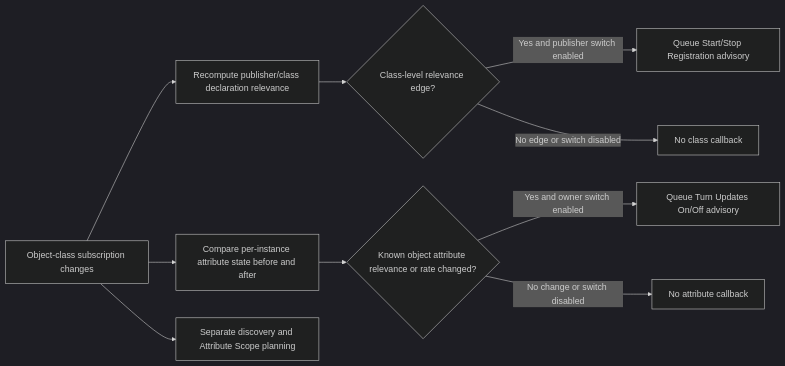
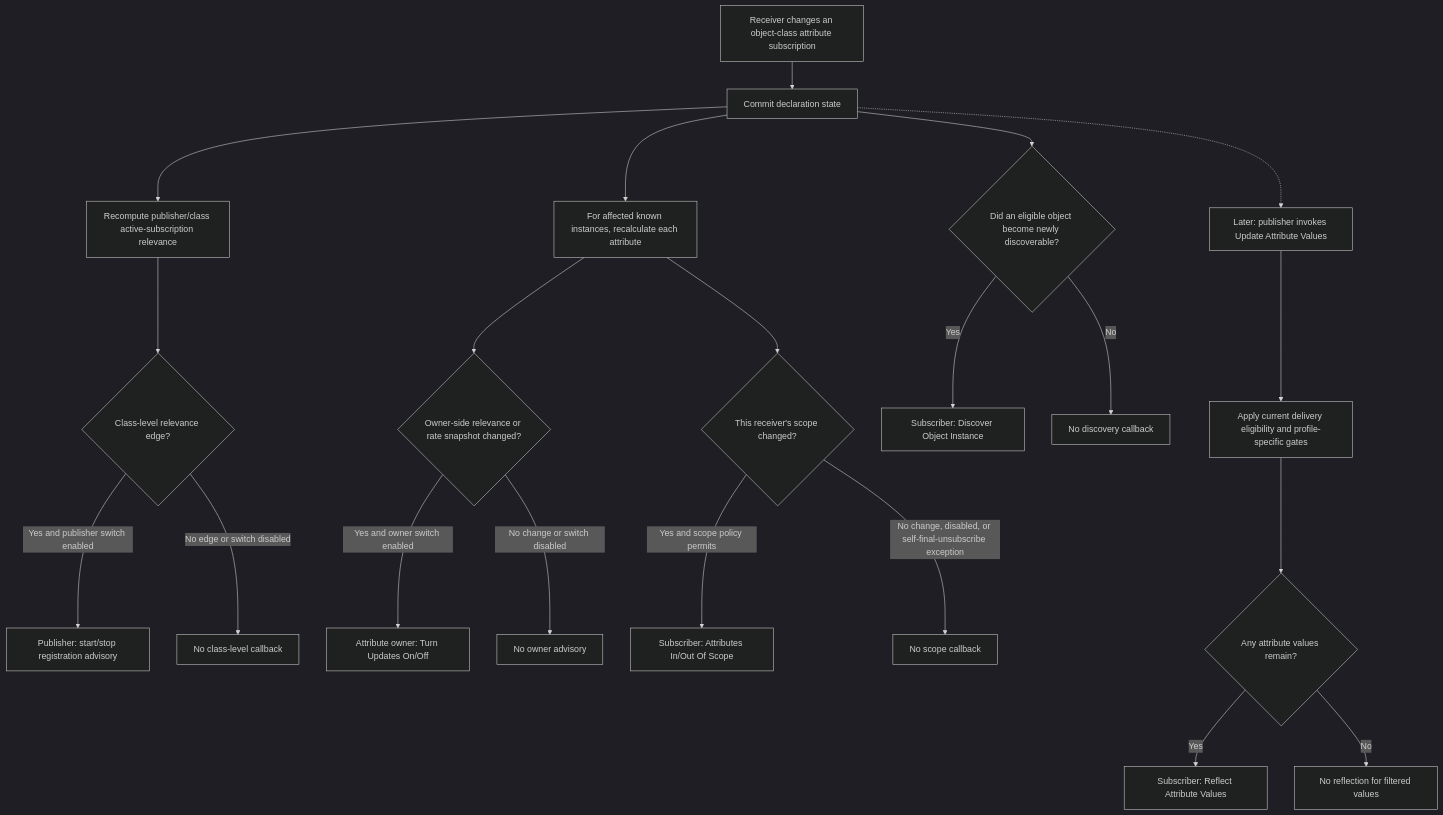
The first of 4 diagrams in docs/design/HLA-2025-RELEVANCE-ADVISORY-FLOW-GUIDE.md (sheepfling/umbra), drawn with Mermaid (dark theme) before and after one commit. The commit also changed other lines of this file and 822 other files, not shown here.

````diff
--- a/docs/design/HLA-2025-RELEVANCE-ADVISORY-FLOW-GUIDE.md
+++ b/docs/design/HLA-2025-RELEVANCE-ADVISORY-FLOW-GUIDE.md
@@ -50,12 +80,29 @@
 ```mermaid
-flowchart LR
-  A[Object-class subscription changes] --> B[Recompute publisher/class declaration relevance]
-  B --> C{Class-level relevance edge?}
-  C -->|Yes and publisher switch enabled| D[Queue Start/Stop Registration advisory]
-  C -->|No edge or switch disabled| E[No class callback]
-  A --> F[Compare per-instance attribute state before and after]
-  F --> G{Known object attribute relevance or rate changed?}
-  G -->|Yes and owner switch enabled| H[Queue Turn Updates On/Off advisory]
-  G -->|No change or switch disabled| I[No attribute callback]
-  A --> J[Separate discovery and Attribute Scope planning]
+flowchart TB
+  Change["Receiver changes an object-class attribute subscription"]
+  Commit["Commit declaration state"]
+  Change --> Commit
+
+  Commit --> ClassCalc["Recompute publisher/class active-subscription relevance"]
+  ClassCalc --> ClassEdge{"Class-level relevance edge?"}
+  ClassEdge -->|Yes and publisher switch enabled| Publisher["Publisher: start/stop registration advisory"]
+  ClassEdge -->|No edge or switch disabled| NoPublisher["No class-level callback"]
+
+  Commit --> Known["For affected known instances, recalculate each attribute"]
+  Known --> OwnerEdge{"Owner-side relevance or rate snapshot changed?"}
+  OwnerEdge -->|Yes and owner switch enabled| Owner["Attribute owner: Turn Updates On/Off"]
+  OwnerEdge -->|No change or switch disabled| NoOwner["No owner advisory"]
+  Known --> ScopeEdge{"This receiver's scope changed?"}
+  ScopeEdge -->|Yes and scope policy permits| Receiver["Subscriber: Attributes In/Out Of Scope"]
+  ScopeEdge -->|No change, disabled, or self-final-unsubscribe exception| NoScope["No scope callback"]
+
+  Commit --> Discovery{"Did an eligible object become newly discoverable?"}
+  Discovery -->|Yes| Discover["Subscriber: Discover Object Instance"]
+  Discovery -->|No| NoDiscovery["No discovery callback"]
+
+  Commit -.-> Update["Later: publisher invokes Update Attribute Values"]
+  Update --> Gates["Apply current delivery eligibility and profile-specific gates"]
+  Gates --> Values{"Any attribute values remain?"}
+  Values -->|Yes| Reflect["Subscriber: Reflect Attribute Values"]
+  Values -->|No| NoReflect["No reflection for filtered values"]
 ```
````
